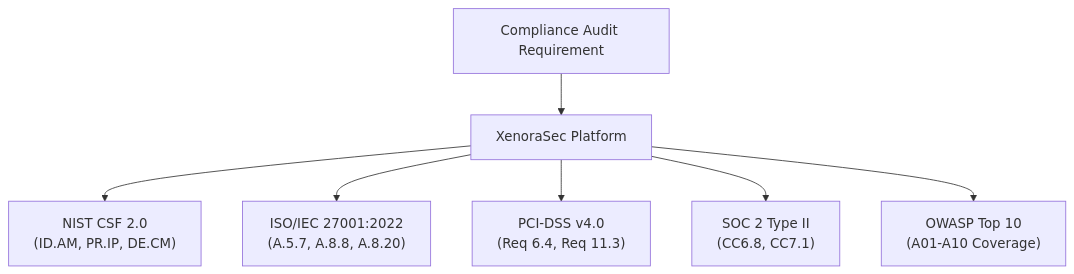
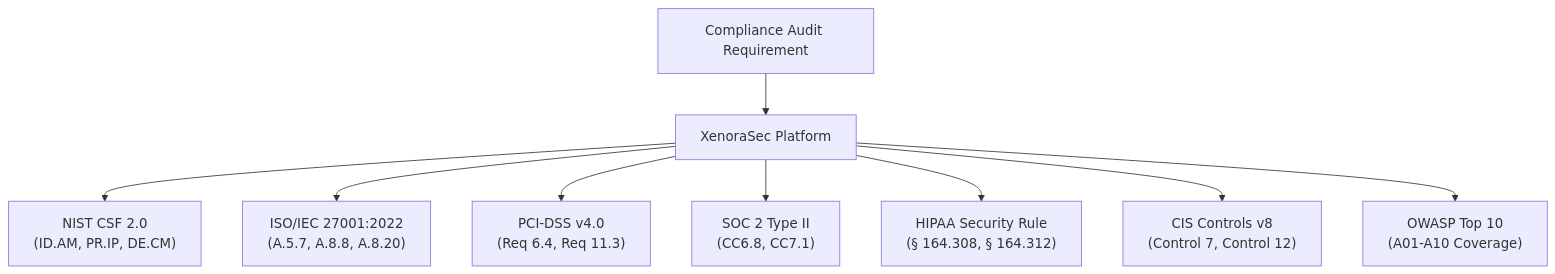
Before and after one commit to prithvi-01x/XenoraSec: diagram 22 of 22 in README.md, drawn with Mermaid. The commit also changed other lines of this file, not shown here.

Commit message:
docs(readme): map HIPAA Security Rule and CIS Controls v8 to regulatory compliance matrix

````diff
--- a/README.md
+++ b/README.md
@@ -3338,9 +3338,11 @@
 ```mermaid
 flowchart TD
     AUDIT["Compliance Audit Requirement"] --> XENORA["XenoraSec Platform"]
     XENORA --> NIST["NIST CSF 2.0\n(ID.AM, PR.IP, DE.CM)"]
     XENORA --> ISO["ISO/IEC 27001:2022\n(A.5.7, A.8.8, A.8.20)"]
     XENORA --> PCI["PCI-DSS v4.0\n(Req 6.4, Req 11.3)"]
     XENORA --> SOC["SOC 2 Type II\n(CC6.8, CC7.1)"]
+    XENORA --> HIPAA["HIPAA Security Rule\n(§ 164.308, § 164.312)"]
+    XENORA --> CIS["CIS Controls v8\n(Control 7, Control 12)"]
     XENORA --> OWASP["OWASP Top 10\n(A01-A10 Coverage)"]
 ```
````
